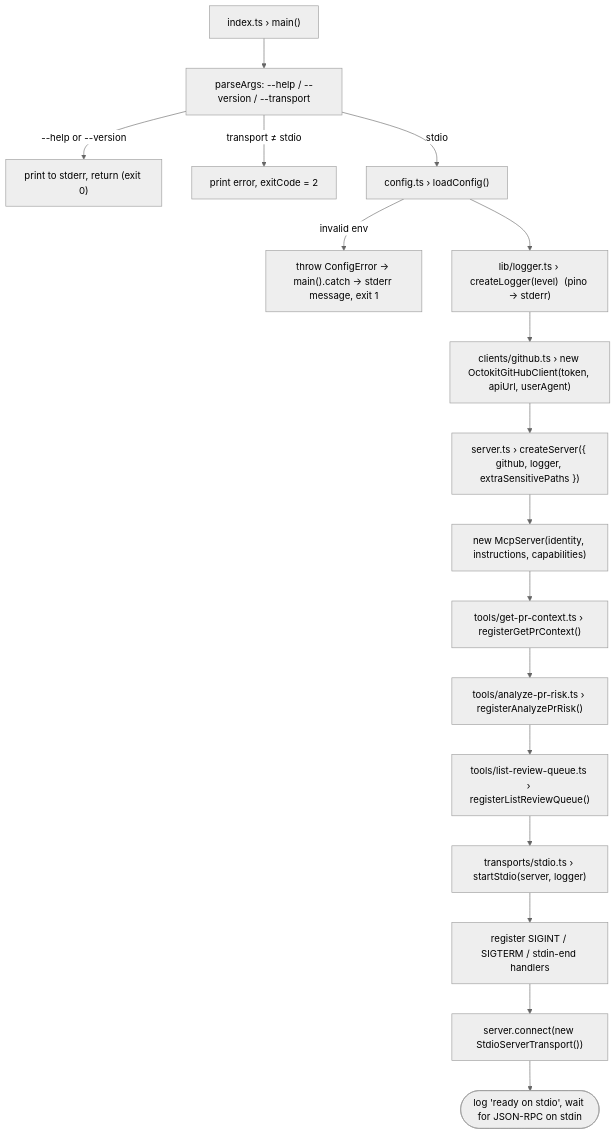
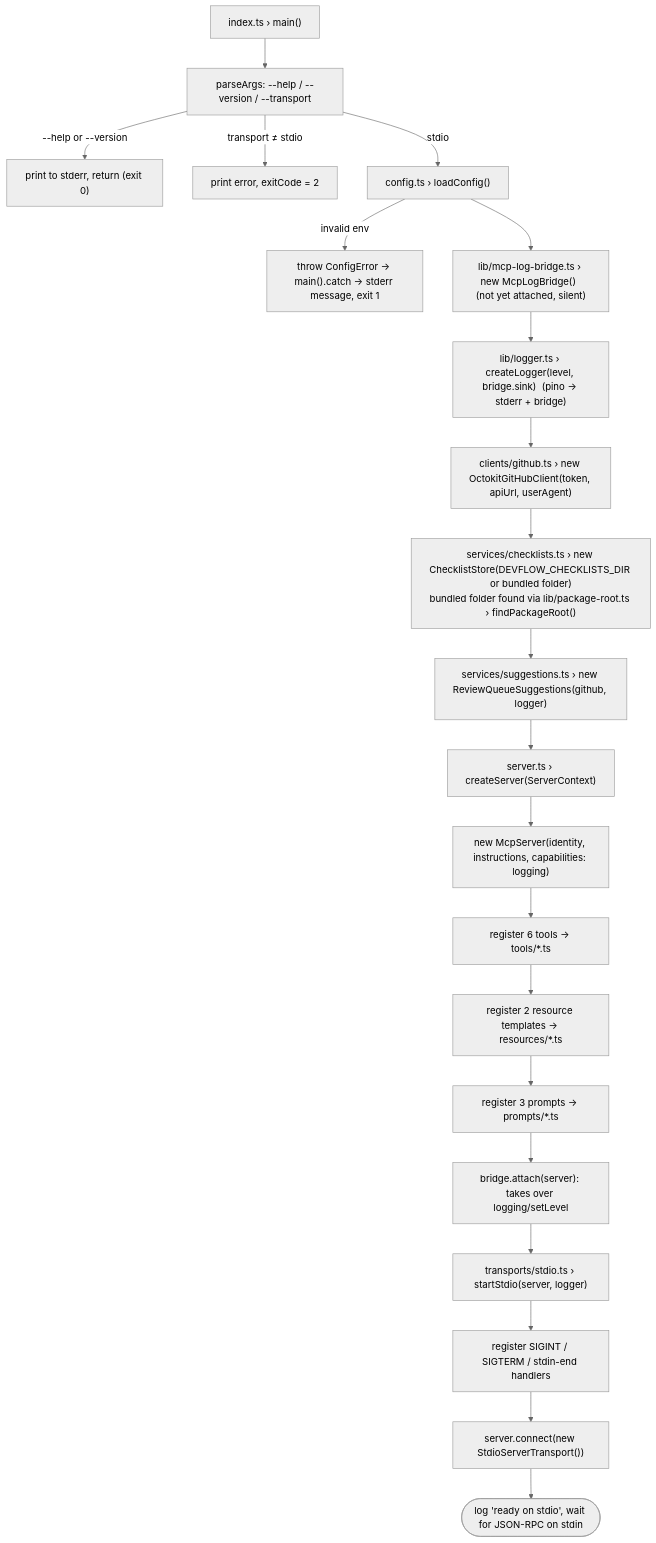
Before and after one commit to Kaushal-SF/MCP_Demo: the first of 15 diagrams in Flow.md, drawn with Mermaid (neutral theme). The commit also changed other lines of this file and 49 other files, not shown here.

First line of the commit message:
feat: M2 resources, prompts, release notes and host logging

````diff
--- a/Flow.md
+++ b/Flow.md
@@ -34,19 +41,23 @@
 ```mermaid
 flowchart TD
     A["index.ts › main()"] --> B["parseArgs: --help / --version / --transport"]
     B -->|"--help or --version"| B1["print to stderr, return (exit 0)"]
     B -->|"transport ≠ stdio"| B2["print error, exitCode = 2"]
     B -->|stdio| C["config.ts › loadConfig()"]
     C -->|invalid env| C1["throw ConfigError → main().catch → stderr message, exit 1"]
-    C --> D["lib/logger.ts › createLogger(level)  (pino → stderr)"]
+    C --> L0["lib/mcp-log-bridge.ts › new McpLogBridge()  (not yet attached, silent)"]
+    L0 --> D["lib/logger.ts › createLogger(level, bridge.sink)  (pino → stderr + bridge)"]
     D --> E["clients/github.ts › new OctokitGitHubClient(token, apiUrl, userAgent)"]
-    E --> F["server.ts › createServer({ github, logger, extraSensitivePaths })"]
-    F --> F1["new McpServer(identity, instructions, capabilities)"]
-    F1 --> F2["tools/get-pr-context.ts › registerGetPrContext()"]
-    F2 --> F3["tools/analyze-pr-risk.ts › registerAnalyzePrRisk()"]
-    F3 --> F4["tools/list-review-queue.ts › registerListReviewQueue()"]
-    F4 --> G["transports/stdio.ts › startStdio(server, logger)"]
+    E --> CS["services/checklists.ts › new ChecklistStore(DEVFLOW_CHECKLISTS_DIR or bundled folder)<br/>bundled folder found via lib/package-root.ts › findPackageRoot()"]
+    CS --> SG["services/suggestions.ts › new ReviewQueueSuggestions(github, logger)"]
+    SG --> F["server.ts › createServer(ServerContext)"]
+    F --> F1["new McpServer(identity, instructions, capabilities: logging)"]
+    F1 --> F2["register 6 tools → tools/*.ts"]
+    F2 --> F3["register 2 resource templates → resources/*.ts"]
+    F3 --> F4["register 3 prompts → prompts/*.ts"]
+    F4 --> AT["bridge.attach(server): takes over logging/setLevel"]
+    AT --> G["transports/stdio.ts › startStdio(server, logger)"]
     G --> G1["register SIGINT / SIGTERM / stdin-end handlers"]
     G1 --> G2["server.connect(new StdioServerTransport())"]
     G2 --> H(["log 'ready on stdio', wait for JSON-RPC on stdin"])
 ```
````
